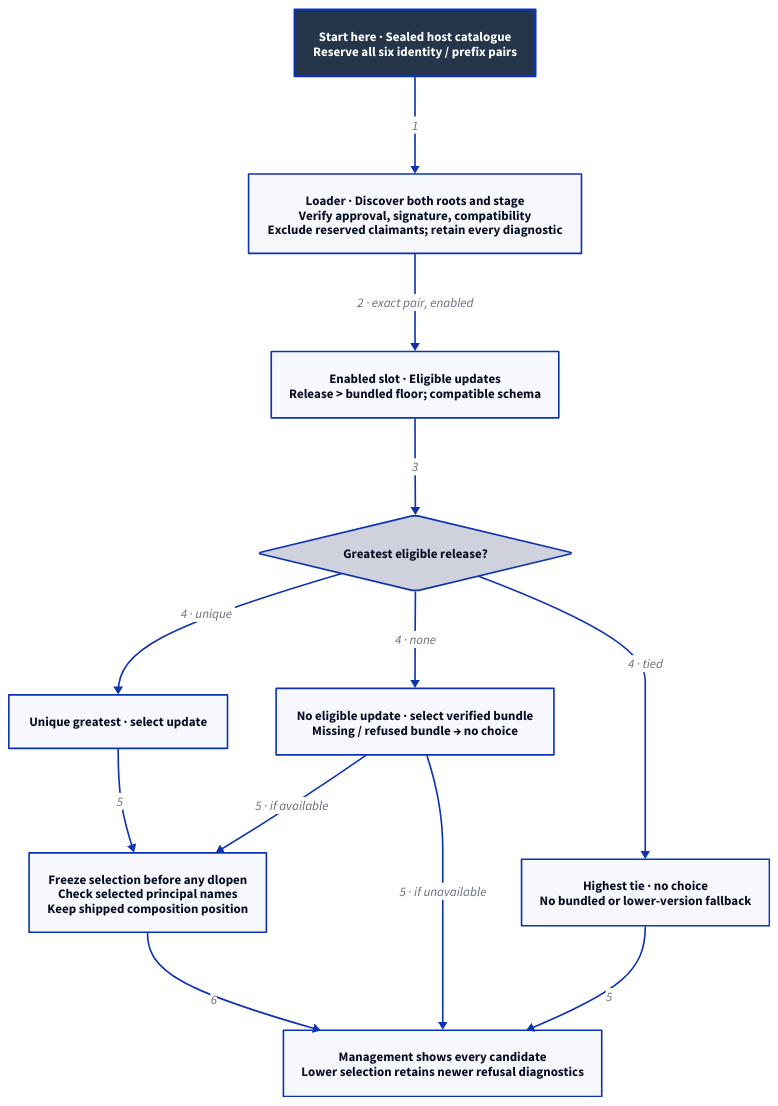
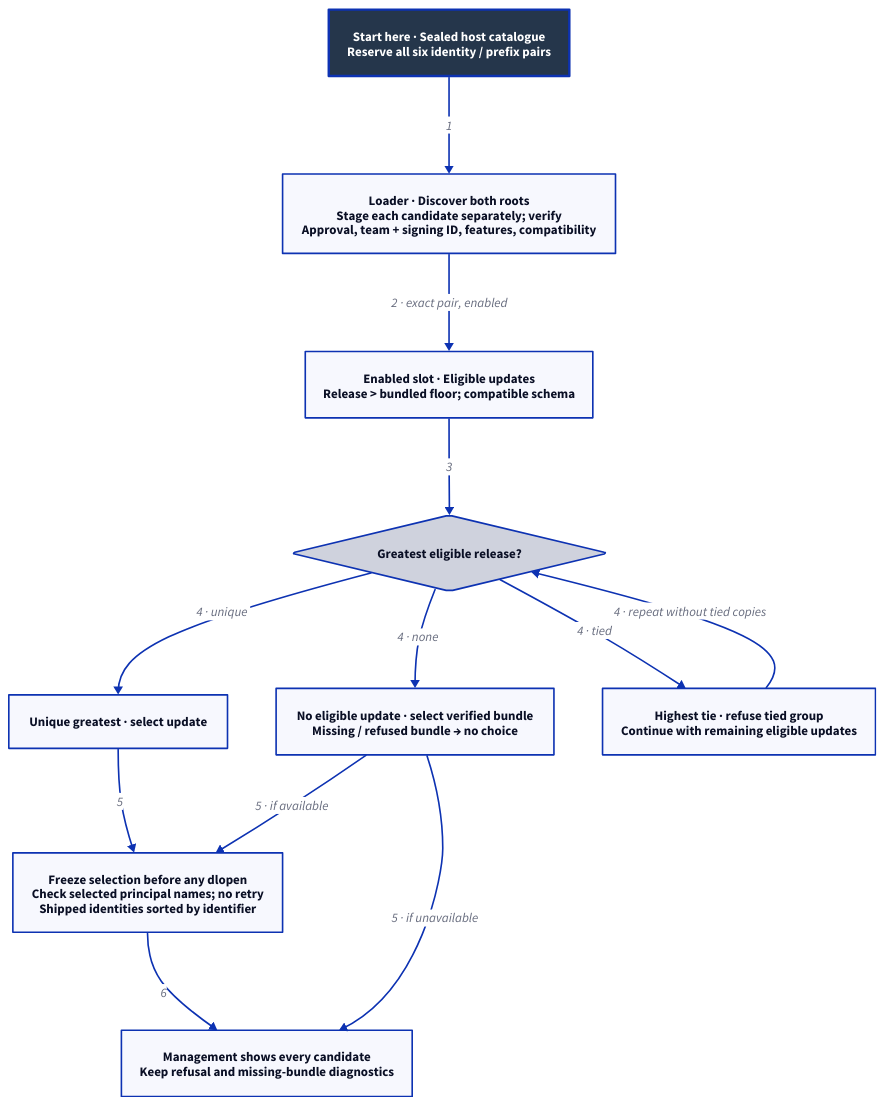
One commit to Linkuistics/Koine changed the diagram in docs/design/architecture/provider-selection.d2. Above: the diagram before and after it, drawn with D2. The commit also changed 17 other files, not shown here.

```diff
--- a/docs/design/architecture/provider-selection.d2
+++ b/docs/design/architecture/provider-selection.d2
@@ -1,25 +1,25 @@
 # One startup calculation. Refused candidates never vote in a shipped slot.
 direction: down
 classes: {
   start: {style: {fill: "#25364B"; font-color: "#FFFFFF"; bold: true; stroke-width: 3}}
 }
 Catalogue: "Start here · Sealed host catalogue\nReserve all six identity / prefix pairs" {class: start}
-Verify: "Loader · Discover both roots and stage\nVerify approval, signature, compatibility\nExclude reserved claimants; retain every diagnostic"
+Verify: "Loader · Discover both roots\nStage each candidate separately; verify\nApproval, team + signing ID, features, compatibility"
 Eligible: "Enabled slot · Eligible updates\nRelease > bundled floor; compatible schema"
 Choice: "Greatest eligible release?" {shape: diamond}
 Update: "Unique greatest · select update"
 Bundle: "No eligible update · select verified bundle\nMissing / refused bundle → no choice"
-Tie: "Highest tie · no choice\nNo bundled or lower-version fallback"
-Frozen: "Freeze selection before any dlopen\nCheck selected principal names\nKeep shipped composition position"
-Reports: "Management shows every candidate\nLower selection retains newer refusal diagnostics"
+Tie: "Highest tie · refuse tied group\nContinue with remaining eligible updates"
+Frozen: "Freeze selection before any dlopen\nCheck selected principal names; no retry\nShipped identities sorted by identifier"
+Reports: "Management shows every candidate\nKeep refusal and missing-bundle diagnostics"
 Catalogue -> Verify: "1"
 Verify -> Eligible: "2 · exact pair, enabled"
 Eligible -> Choice: "3"
 Choice -> Update: "4 · unique"
 Choice -> Bundle: "4 · none"
 Choice -> Tie: "4 · tied"
 Update -> Frozen: "5"
 Bundle -> Frozen: "5 · if available"
 Bundle -> Reports: "5 · if unavailable"
-Tie -> Reports: "5"
+Tie -> Choice: "4 · repeat without tied copies"
 Frozen -> Reports: "6"
```
